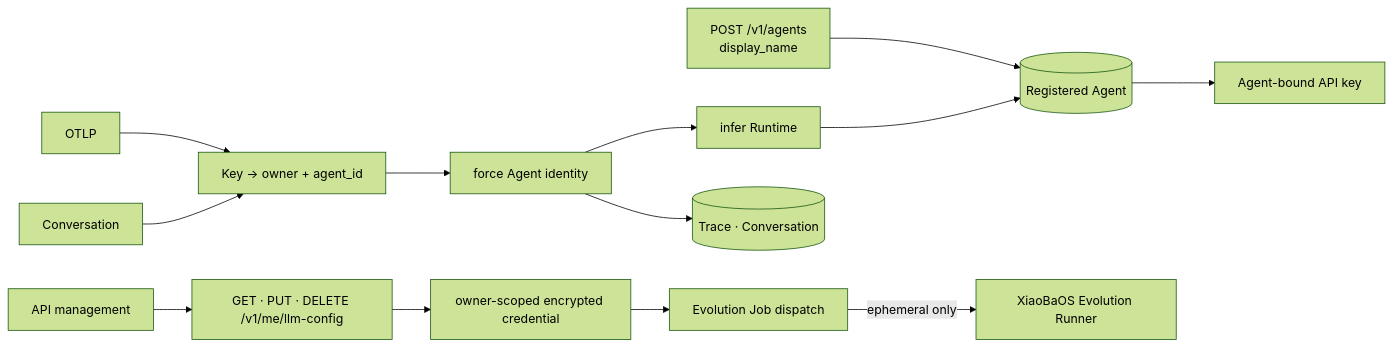
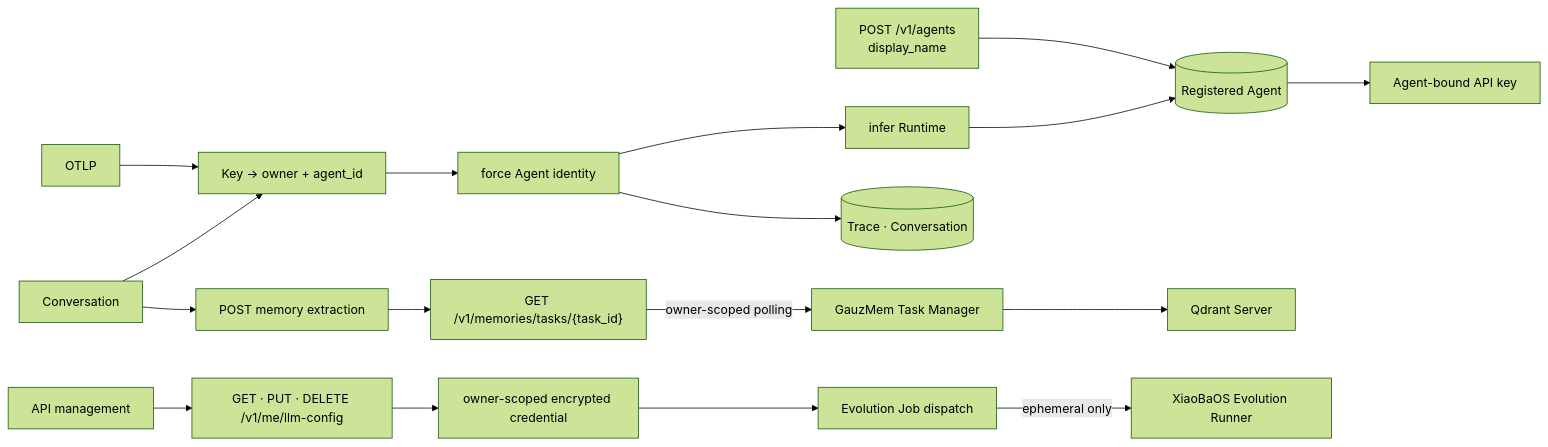
Before and after one commit to fightheyyy/CATENA: the second of 2 diagrams in control-plane/SPEC.md, drawn with Mermaid (forest theme). The commit also changed other lines of this file and 19 other files, not shown here.

Commit message:
Expose memory extraction progress

````diff
--- a/control-plane/SPEC.md
+++ b/control-plane/SPEC.md
@@ -43,15 +46,19 @@
 ```mermaid
 flowchart LR
     Create["POST /v1/agents<br/>display_name"] --> Registry[("Registered Agent")]
     Registry --> Key["Agent-bound API key"]
     OTLP["OTLP"] --> Auth["Key → owner + agent_id"]
     Conversation["Conversation"] --> Auth
     Auth --> Normalize["force Agent identity"]
     Normalize --> Detect["infer Runtime"]
     Normalize --> Evidence[("Trace · Conversation")]
     Detect --> Registry
     Web["API management"] --> ModelAPI["GET · PUT · DELETE /v1/me/llm-config"]
     ModelAPI --> Encrypted["owner-scoped encrypted credential"]
     Encrypted --> Job["Evolution Job dispatch"]
     Job -->|"ephemeral only"| Runner["XiaoBaOS Evolution Runner"]
+    Conversation --> MemorySubmit["POST memory extraction"]
+    MemorySubmit --> MemoryTask["GET /v1/memories/tasks/{task_id}"]
+    MemoryTask -->|"owner-scoped polling"| GauzMem["GauzMem Task Manager"]
+    GauzMem --> Vector["Qdrant Server"]
 ```
````
